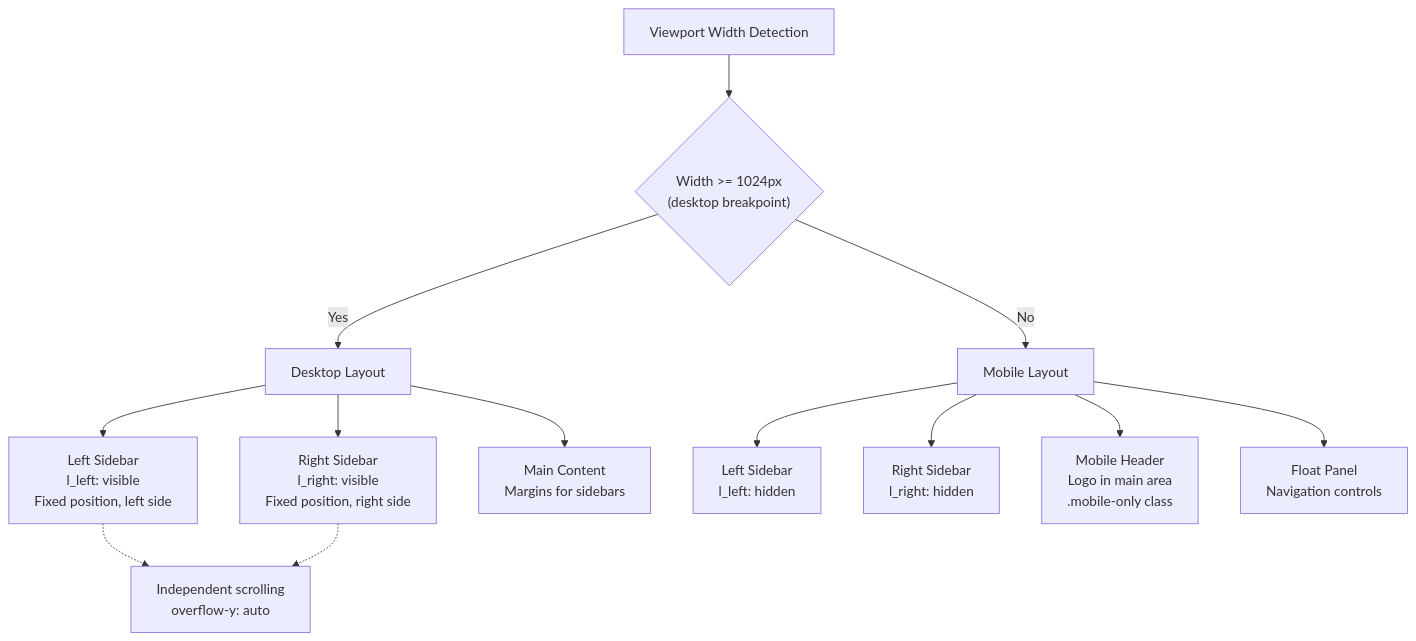
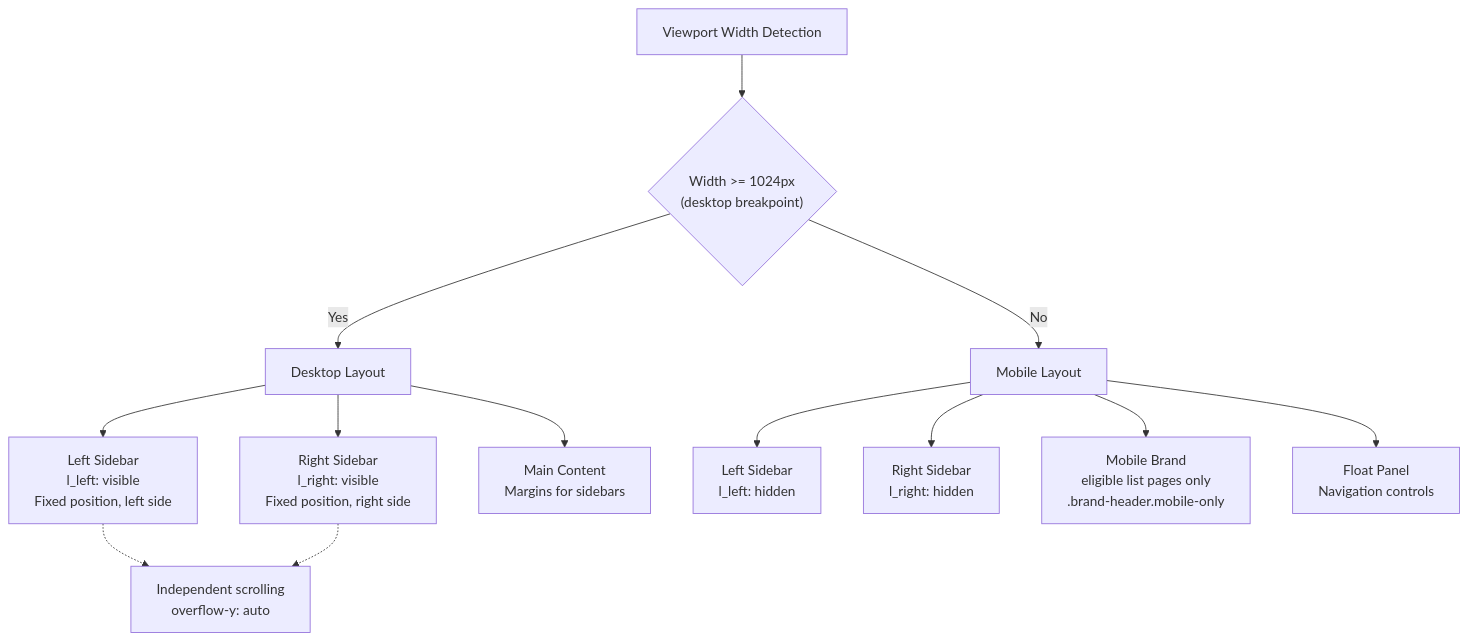
The fourth of 4 diagrams in docs/knowledge/02-布局系统/sidebar-system.md (xaoxuu/hexo-theme-stellar), drawn with Mermaid before and after one commit. The commit also changed other lines of this file and 119 other files, not shown here.

````diff
--- a/docs/knowledge/02-布局系统/sidebar-system.md
+++ b/docs/knowledge/02-布局系统/sidebar-system.md
@@ -431,19 +349,19 @@
 ```mermaid
 graph TB
     Viewport["Viewport Width Detection"] --> DesktopQuery{"Width >= 1024px<br/>(desktop breakpoint)"}
     
     DesktopQuery -->|"Yes"| DesktopLayout["Desktop Layout"]
     DesktopQuery -->|"No"| MobileLayout["Mobile Layout"]
     
     DesktopLayout --> ShowLeft["Left Sidebar<br/>l_left: visible<br/>Fixed position, left side"]
     DesktopLayout --> ShowRight["Right Sidebar<br/>l_right: visible<br/>Fixed position, right side"]
     DesktopLayout --> MainWithMargin["Main Content<br/>Margins for sidebars"]
     
     MobileLayout --> HideLeft["Left Sidebar<br/>l_left: hidden"]
     MobileLayout --> HideRight["Right Sidebar<br/>l_right: hidden"]
-    MobileLayout --> MobileHeader["Mobile Header<br/>Logo in main area<br/>.mobile-only class"]
+    MobileLayout --> MobileHeader["Mobile Brand<br/>eligible list pages only<br/>.brand-header.mobile-only"]
     MobileLayout --> FloatPanel["Float Panel<br/>Navigation controls"]
     
     ShowLeft -.-> SidebarScroll["Independent scrolling<br/>overflow-y: auto"]
     ShowRight -.-> SidebarScroll
 ```
````
